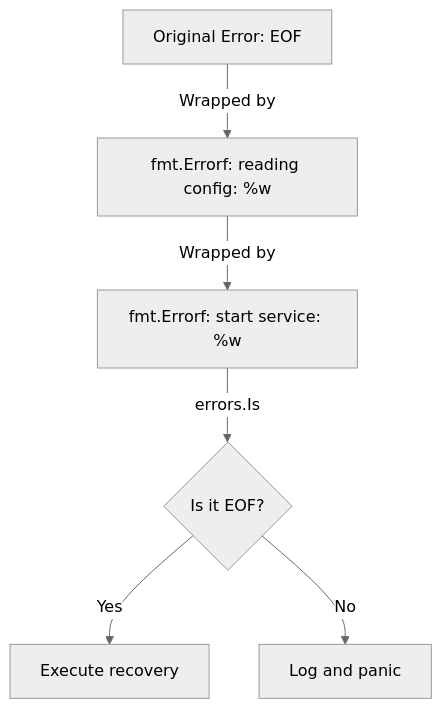
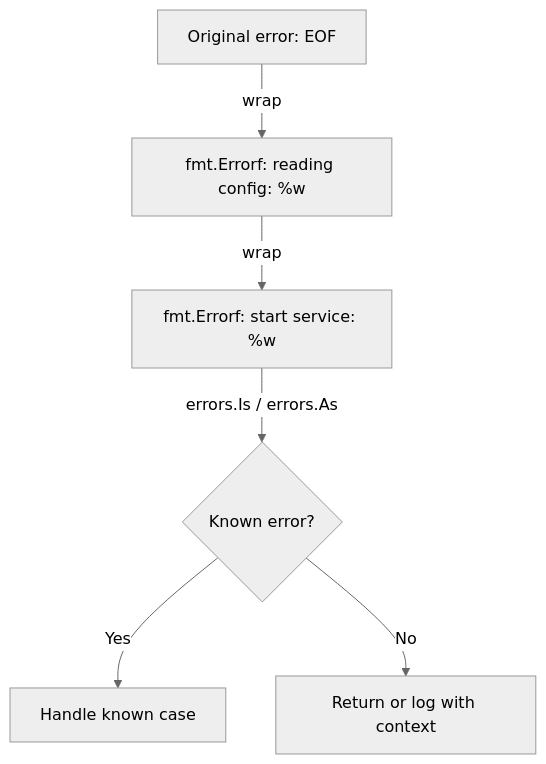
One commit to syahputrawork98-sketch/Golang-Knowledge-Base changed the diagram in RAK-04-core-mechanics/SR-01-design-philosophy/BK-01-error-handling-strategy/CH-02_ErrorWrappingAndInspection/README.md. Above: the diagram before and after it, drawn with Mermaid (neutral theme). The commit also changed other lines of this file and 55 other files, not shown here.

````diff
--- a/RAK-04-core-mechanics/SR-01-design-philosophy/BK-01-error-handling-strategy/CH-02_ErrorWrappingAndInspection/README.md
+++ b/RAK-04-core-mechanics/SR-01-design-philosophy/BK-01-error-handling-strategy/CH-02_ErrorWrappingAndInspection/README.md
@@ -22,8 +36,8 @@
 ```mermaid
 graph TD
-    A[Original Error: EOF] -->|Wrapped by| B[fmt.Errorf: reading config: %w]
-    B -->|Wrapped by| C[fmt.Errorf: start service: %w]
-    C -->|errors.Is| D{Is it EOF?}
-    D -- Yes --> E[Execute recovery]
-    D -- No --> F[Log and panic]
+    A[Original error: EOF] -->|wrap| B[fmt.Errorf: reading config: %w]
+    B -->|wrap| C[fmt.Errorf: start service: %w]
+    C -->|errors.Is / errors.As| D{Known error?}
+    D -- Yes --> E[Handle known case]
+    D -- No --> F[Return or log with context]
 ```
````
